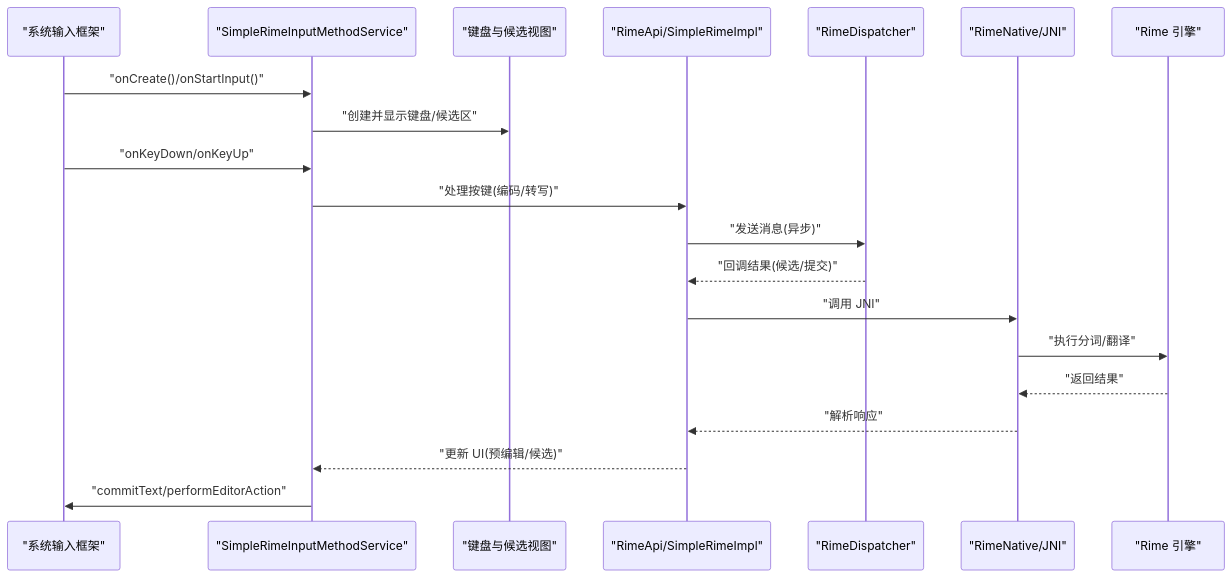
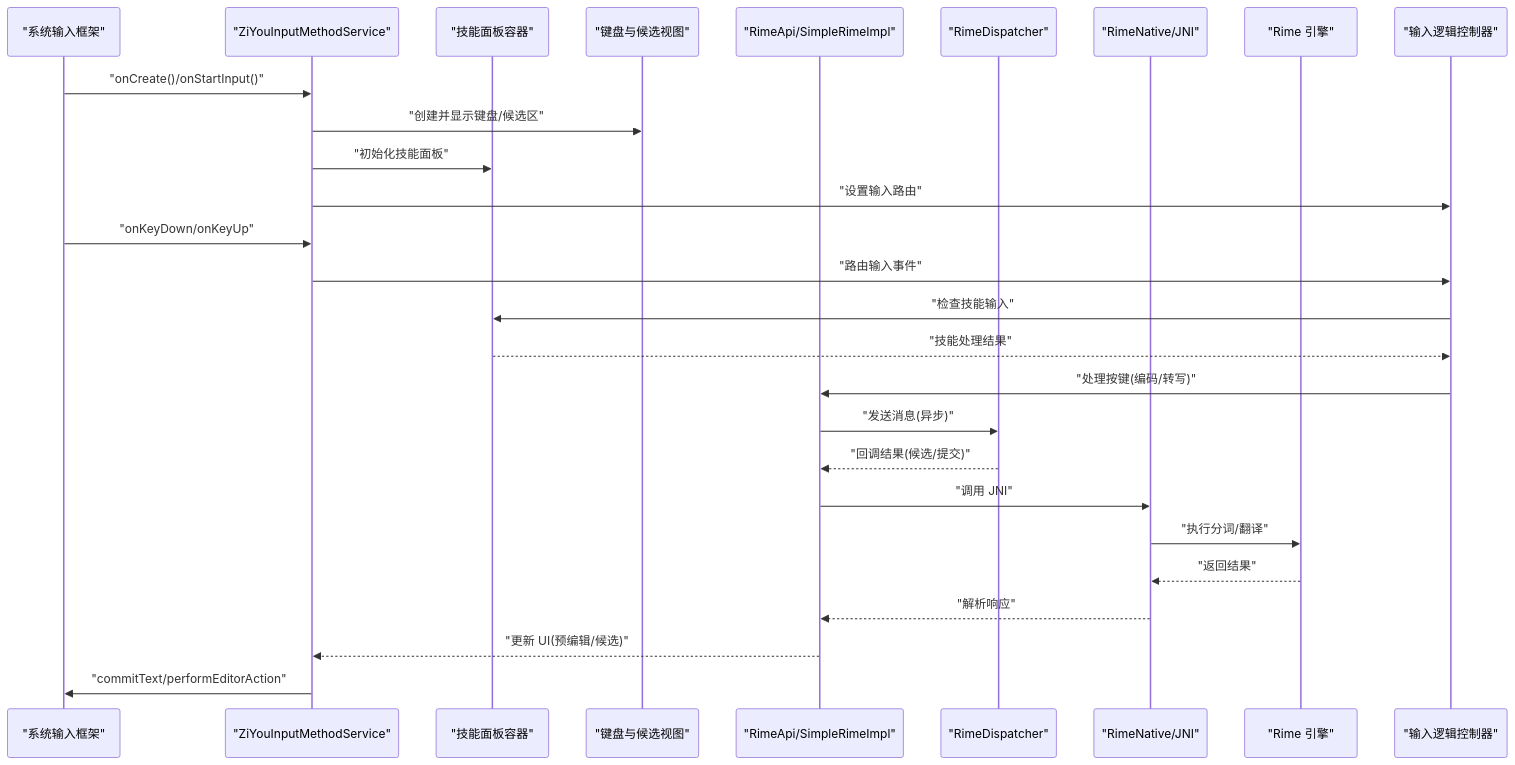
The second of 6 diagrams in .qoder/repowiki/zh/content/输入法服务.md (qiaodashaoye/ziyou-ime), drawn with Mermaid before and after one commit. The commit also changed other lines of this file and 28 other files, not shown here.

````diff
--- a/.qoder/repowiki/zh/content/输入法服务.md
+++ b/.qoder/repowiki/zh/content/输入法服务.md
@@ -140,22 +163,29 @@
 ```mermaid
 sequenceDiagram
 participant System as "系统输入框架"
-participant Service as "SimpleRimeInputMethodService"
+participant Service as "ZiYouInputMethodService"
+participant SkillPanel as "技能面板容器"
 participant Views as "键盘与候选视图"
 participant Core as "RimeApi/SimpleRimeImpl"
 participant Dispatcher as "RimeDispatcher"
 participant Native as "RimeNative/JNI"
 participant Engine as "Rime 引擎"
+participant InputController as "输入逻辑控制器"
 System->>Service : "onCreate()/onStartInput()"
 Service->>Views : "创建并显示键盘/候选区"
+Service->>SkillPanel : "初始化技能面板"
+Service->>InputController : "设置输入路由"
 System->>Service : "onKeyDown/onKeyUp"
-Service->>Core : "处理按键(编码/转写)"
+Service->>InputController : "路由输入事件"
+InputController->>SkillPanel : "检查技能输入"
+SkillPanel-->>InputController : "技能处理结果"
+InputController->>Core : "处理按键(编码/转写)"
 Core->>Dispatcher : "发送消息(异步)"
 Dispatcher-->>Core : "回调结果(候选/提交)"
 Core->>Native : "调用 JNI"
 Native->>Engine : "执行分词/翻译"
 Engine-->>Native : "返回结果"
 Native-->>Core : "解析响应"
 Core-->>Service : "更新 UI(预编辑/候选)"
 Service->>System : "commitText/performEditorAction"
 ```
````
